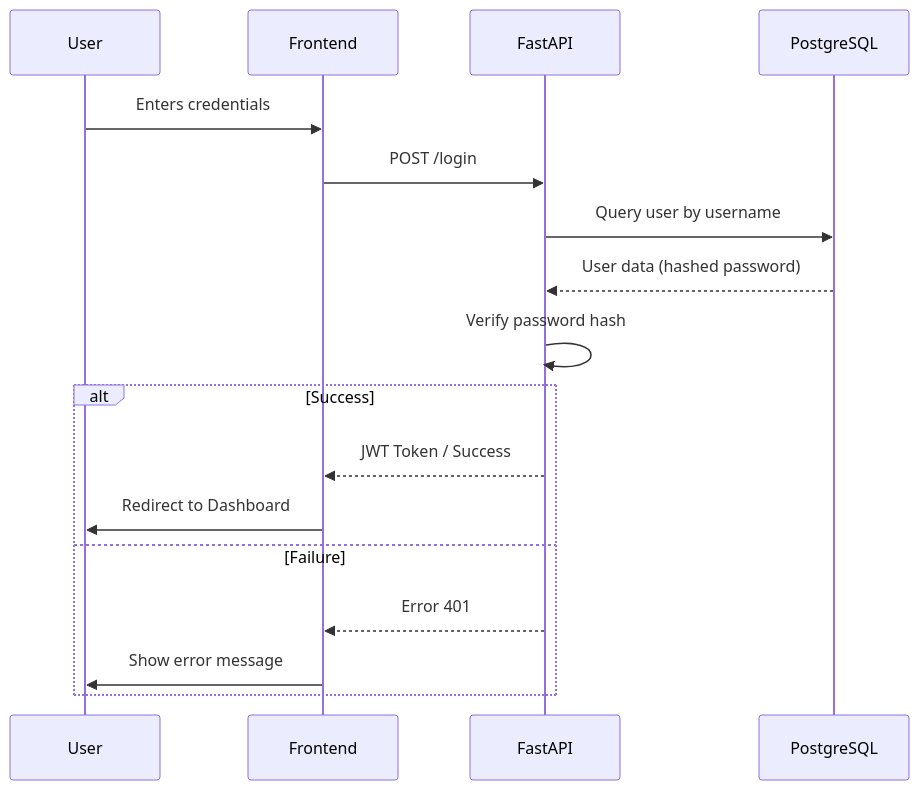
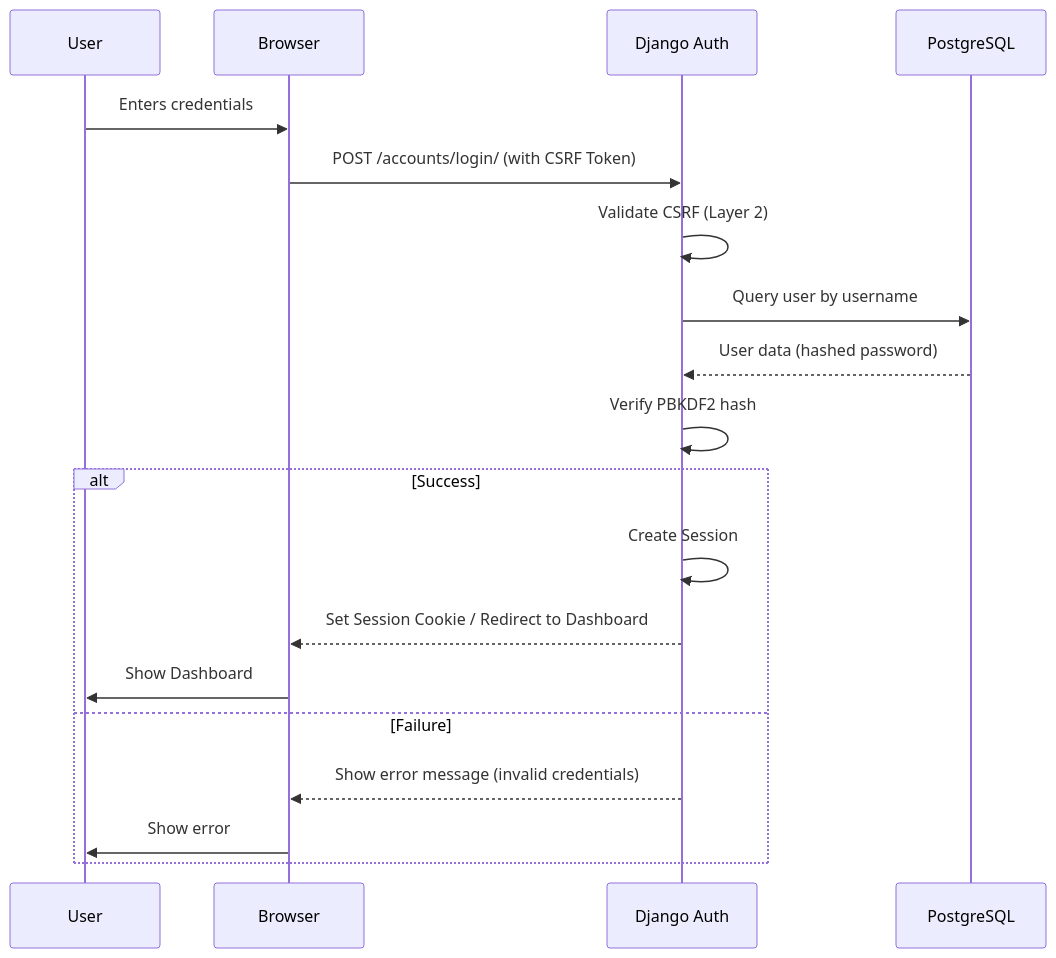
One commit to anibalrojosan/proggy-wallet changed the first of 2 diagrams in docs/FLOWS.md. Above: the diagram before and after it, drawn with Mermaid. The commit also changed other lines of this file and 30 other files, not shown here.

````diff
--- a/docs/FLOWS.md
+++ b/docs/FLOWS.md
@@ -7,20 +7,22 @@
 ```mermaid
 sequenceDiagram
     participant User
-    participant Frontend
-    participant API as FastAPI
+    participant Browser
+    participant Django as Django Auth
     participant DB as PostgreSQL
 
-    User->>Frontend: Enters credentials
-    Frontend->>API: POST /login
-    API->>DB: Query user by username
-    DB-->>API: User data (hashed password)
-    API->>API: Verify password hash
+    User->>Browser: Enters credentials
+    Browser->>Django: POST /accounts/login/ (with CSRF Token)
+    Django->>Django: Validate CSRF (Layer 2)
+    Django->>DB: Query user by username
+    DB-->>Django: User data (hashed password)
+    Django->>Django: Verify PBKDF2 hash
     alt Success
-        API-->>Frontend: JWT Token / Success
-        Frontend->>User: Redirect to Dashboard
+        Django->>Django: Create Session
+        Django-->>Browser: Set Session Cookie / Redirect to Dashboard
+        Browser->>User: Show Dashboard
     else Failure
-        API-->>Frontend: Error 401
-        Frontend->>User: Show error message
+        Django-->>Browser: Show error message (invalid credentials)
+        Browser->>User: Show error
     end
 ```
````
